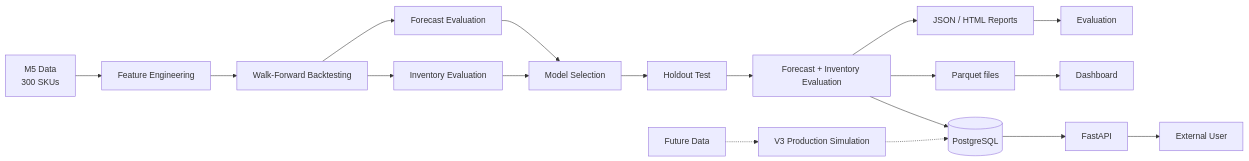
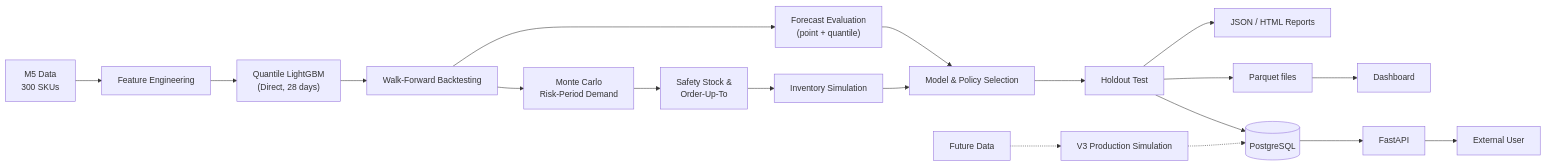
The diagram in README.md (ashfaque-tk/retail-demand-forecast), drawn with Mermaid before and after one commit. The commit also changed other lines of this file, not shown here.

````diff
--- a/README.md
+++ b/README.md
@@ -30,26 +48,25 @@
 ```mermaid
 flowchart LR
     A["M5 Data<br/>300 SKUs"] --> B["Feature Engineering"]
-    B --> C["Walk-Forward Backtesting"]
+    B --> C["Quantile LightGBM<br/>(Direct, 28 days)"]
+    C --> D["Walk-Forward Backtesting"]
 
-    C --> D["Forecast Evaluation"]
-    C --> E["Inventory Evaluation"]
+    D --> E["Forecast Evaluation<br/>(point + quantile)"]
+    D --> F["Monte Carlo<br/>Risk-Period Demand"]
+    F --> G["Safety Stock &<br/>Order-Up-To"]
+    G --> H["Inventory Simulation"]
 
-    D --> F["Model Selection"]
-    E --> F
+    E --> I["Model & Policy Selection"]
+    H --> I
 
-    F --> G["Holdout Test"]
-    G --> H["Forecast + Inventory Evaluation"]
-
-    H --> I["JSON / HTML Reports"]
-    I --> L["Evaluation"]
-    H --> P["Parquet files"]
-    H --> J[("PostgreSQL")]
+    I --> J["Holdout Test"]
+    J --> K["JSON / HTML Reports"]
+    J --> P["Parquet files"]
+    J --> Q[("PostgreSQL")]
     P --> O["Dashboard"]
-
-    J --> K["FastAPI"]
-    K --> R["External User"]
+    Q --> R["FastAPI"]
+    R --> S["External User"]
 
     M["Future Data"] -.-> N["V3 Production Simulation"]
-    N -.-> J
+    N -.-> Q
 ```
````
